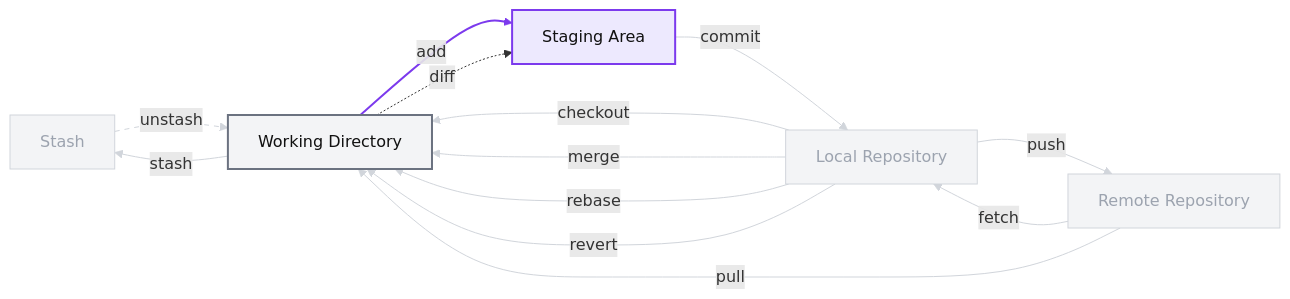
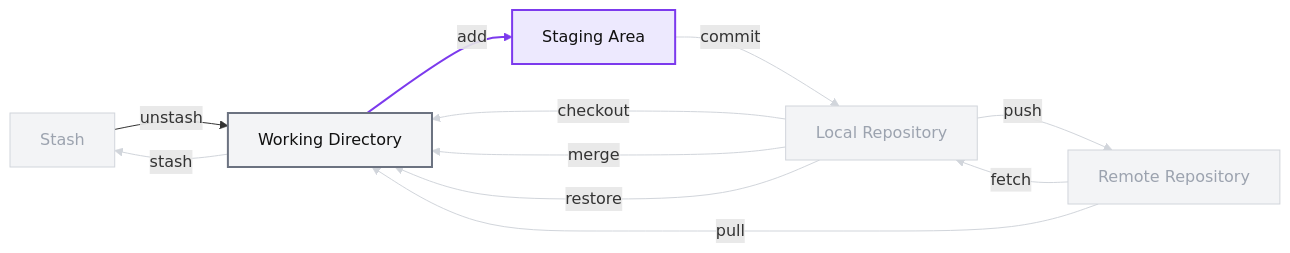
The fourth of 8 diagrams in git_1/README.md (iannickgagnon/sagedays_iannick_2026), drawn with Mermaid before and after one commit. The commit also changed other lines of this file, not shown here.

Commit message:
docs: Update diagrams

````diff
--- a/git_1/README.md
+++ b/git_1/README.md
@@ -223,40 +213,36 @@
 ```mermaid
 flowchart LR
 
     classDef work fill:#f3f4f6,stroke:#6b7280,stroke-width:2px,color:#111111;
     classDef stage fill:#ede9fe,stroke:#7c3aed,stroke-width:2px,color:#111111;
     classDef faded fill:#f3f4f6,stroke:#d1d5db,stroke-width:1px,color:#9ca3af;
 
     ST[Stash]:::faded
     WD[Working Directory]:::work
     SA[Staging Area]:::stage
     LR[Local Repository]:::faded
     RR[Remote Repository]:::faded
 
     WD -->|add| SA
 
     SA -->|commit| LR
     LR -->|push| RR
     RR -->|fetch| LR
     RR -->|pull| WD
     LR -->|checkout| WD
     LR -->|merge| WD
-    LR -->|rebase| WD
-    LR -->|revert| WD
+    LR -->|restore| WD
     WD -->|stash| ST
     ST -->|unstash| WD
-    WD -.->|diff| SA
 
     linkStyle 0 stroke:#7c3aed,stroke-width:2px;
 
     linkStyle 1 stroke:#d1d5db,stroke-width:1px;
     linkStyle 2 stroke:#d1d5db,stroke-width:1px;
     linkStyle 3 stroke:#d1d5db,stroke-width:1px;
     linkStyle 4 stroke:#d1d5db,stroke-width:1px;
     linkStyle 5 stroke:#d1d5db,stroke-width:1px;
     linkStyle 6 stroke:#d1d5db,stroke-width:1px;
     linkStyle 7 stroke:#d1d5db,stroke-width:1px;
     linkStyle 8 stroke:#d1d5db,stroke-width:1px;
-    linkStyle 9 stroke:#d1d5db,stroke-width:1px;
-    linkStyle 10 stroke:#d1d5db,stroke-width:1px,stroke-dasharray: 5 5;
 ```
````
